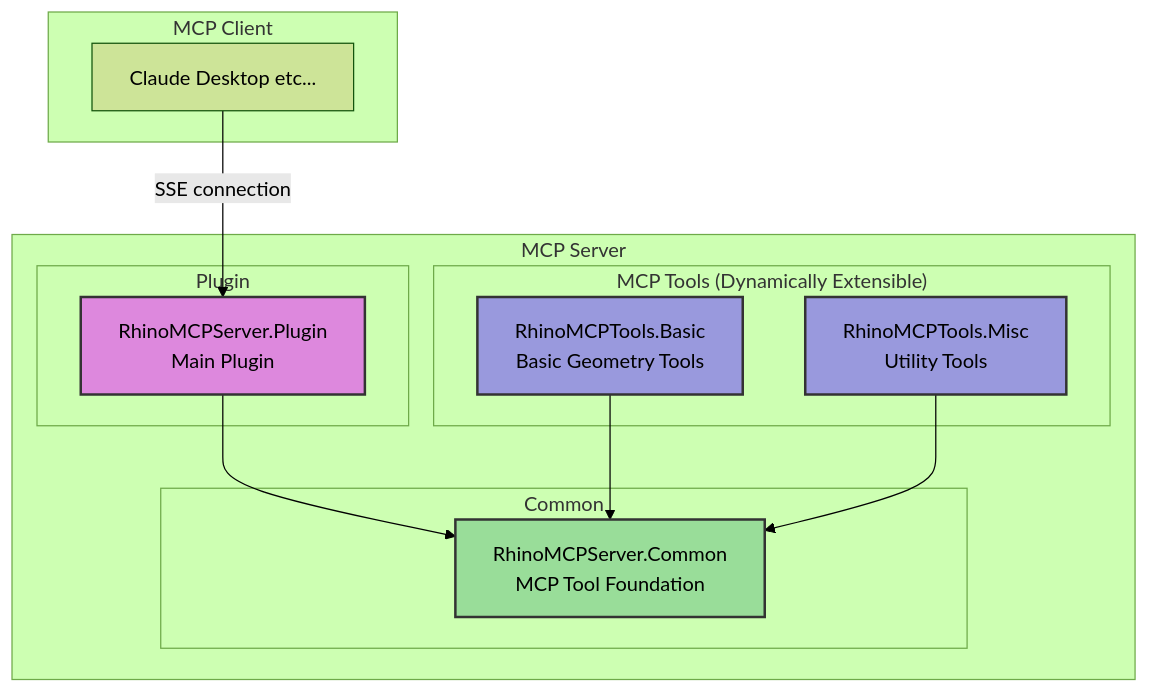
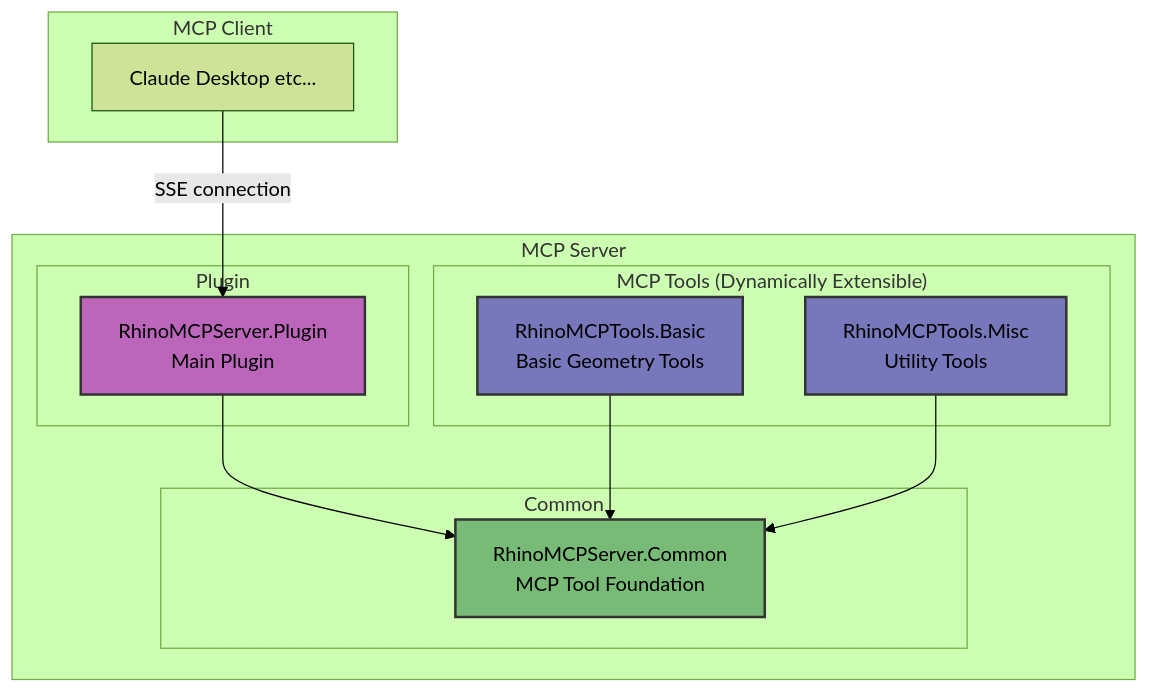
Before and after one commit to 4kk11/RhinoMCPServer: the diagram in README.md, drawn with Mermaid (forest theme). The commit also changed 1 other file, not shown here.

Commit message:
Update: README

````diff
--- a/README.md
+++ b/README.md
@@ -18,35 +18,35 @@
 ```mermaid
 graph TB
     subgraph MCP Client
       X[Claude Desktop etc...]
     end
 
     subgraph MCP Server
       subgraph Plugin
           A[RhinoMCPServer.Plugin<br>Main Plugin]
       end
 
       subgraph Common
           B[RhinoMCPServer.Common<br>MCP Tool Foundation]
       end
 
       subgraph "MCP Tools (Dynamically Extensible)"
           C[RhinoMCPTools.Basic<br>Basic Geometry Tools]
           D[RhinoMCPTools.Misc<br>Utility Tools]
       end
     end
 
 
     A --> B
     C --> B
     D --> B
     X -->|"SSE connection"| A
 
-    classDef plugin fill:#d8d,stroke:#333,stroke-width:2px;
-    classDef common fill:#9d9,stroke:#333,stroke-width:2px;
-    classDef tools fill:#99d,stroke:#333,stroke-width:2px;
+    classDef plugin fill:#b6b,stroke:#333,stroke-width:2px;
+    classDef common fill:#7b7,stroke:#333,stroke-width:2px;
+    classDef tools fill:#77b,stroke:#333,stroke-width:2px;
 
     class A plugin;
     class B common;
     class C,D tools;
 ```
````
